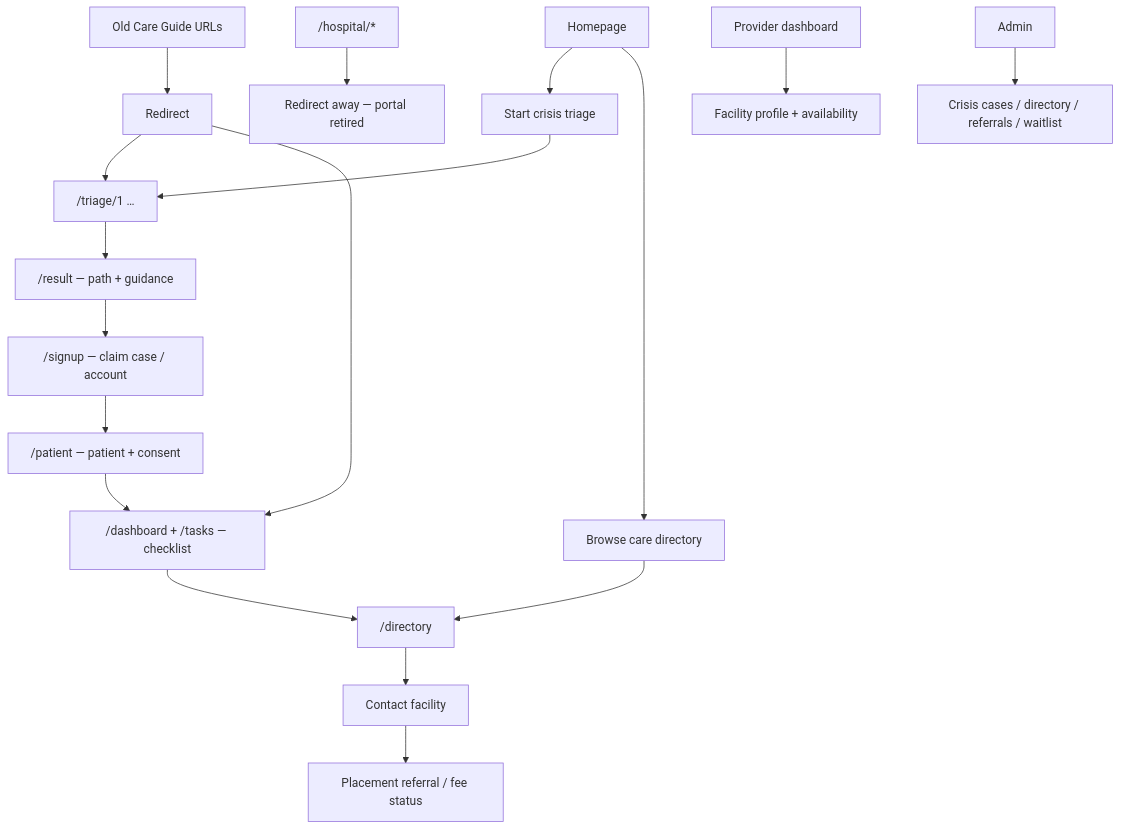
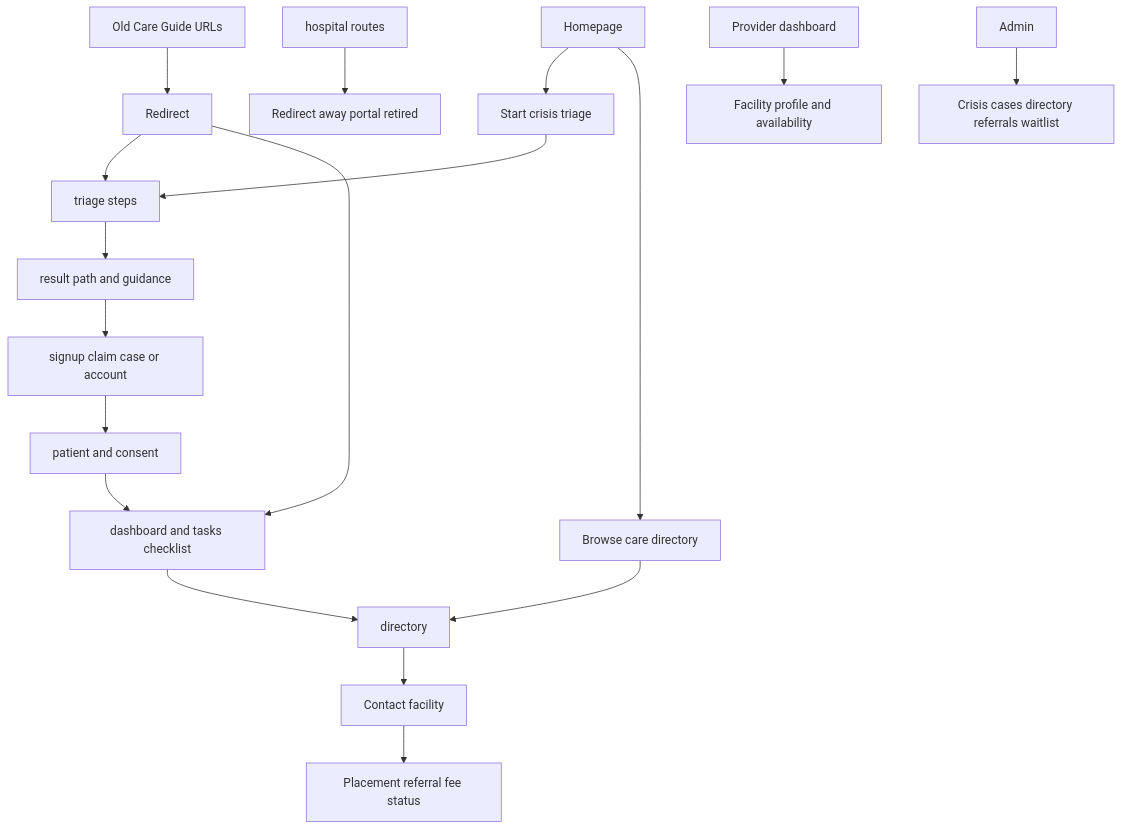
The second of 3 diagrams in docs/CLIENT_PRODUCT_CUTOVER_BRIEF.md (shashipoojary/Shepherds-Oud), drawn with Mermaid before and after one commit. The commit also changed other lines of this file and 2 other files, not shown here.

Commit message:
Fix client brief Mermaid for GitHub and slim provider nav.
Replace special characters that break GitHub Mermaid rendering; signed-in providers see facility suite only.

````diff
--- a/docs/CLIENT_PRODUCT_CUTOVER_BRIEF.md
+++ b/docs/CLIENT_PRODUCT_CUTOVER_BRIEF.md
@@ -66,23 +66,23 @@
 ```mermaid
 flowchart TD
   A[Homepage] --> B[Start crisis triage]
   A --> C[Browse care directory]
-  B --> D["/triage/1 …"]
-  D --> E["/result — path + guidance"]
-  E --> F["/signup — claim case / account"]
-  F --> G["/patient — patient + consent"]
-  G --> H["/dashboard + /tasks — checklist"]
-  H --> C2["/directory"]
-  C --> C2
-  C2 --> I[Contact facility]
-  I --> J[Placement referral / fee status]
+  B --> D[triage steps]
+  D --> E[result path and guidance]
+  E --> F[signup claim case or account]
+  F --> G[patient and consent]
+  G --> H[dashboard and tasks checklist]
+  H --> Dir[directory]
+  C --> Dir
+  Dir --> I[Contact facility]
+  I --> J[Placement referral fee status]
 
-  K["Old Care Guide URLs"] --> L[Redirect]
+  K[Old Care Guide URLs] --> L[Redirect]
   L --> D
   L --> H
 
-  M["/hospital/*"] --> N[Redirect away — portal retired]
+  M[hospital routes] --> N[Redirect away portal retired]
 
-  P[Provider dashboard] --> Q[Facility profile + availability]
-  R[Admin] --> S[Crisis cases / directory / referrals / waitlist]
+  P[Provider dashboard] --> Q[Facility profile and availability]
+  R[Admin] --> S[Crisis cases directory referrals waitlist]
 ```
````
